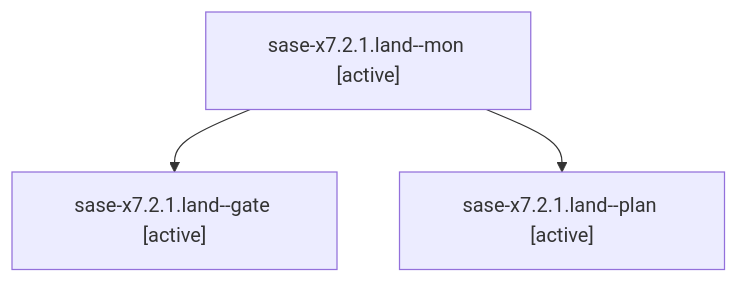
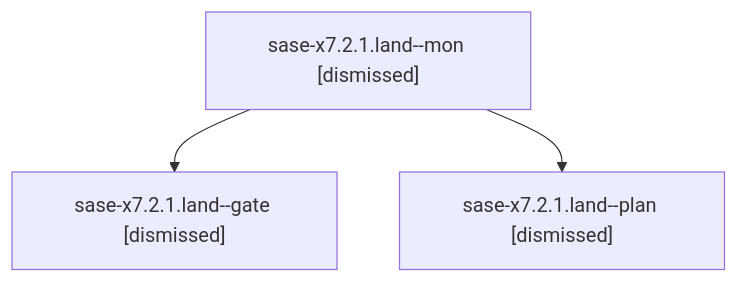
The diagram in sessions/bbugyi200.athena.sase-x7.2.1.land.md (sase-org/sase--agents), drawn with Mermaid before and after one commit. The commit also changed other lines of this file and 397 other files, not shown here.

````diff
--- a/sessions/bbugyi200.athena.sase-x7.2.1.land.md
+++ b/sessions/bbugyi200.athena.sase-x7.2.1.land.md
@@ -9,8 +9,8 @@
 ```mermaid
 flowchart TD
-  n0["sase-x7.2.1.land--mon [active]"]
-  n1["sase-x7.2.1.land--gate [active]"]
+  n0["sase-x7.2.1.land--mon [dismissed]"]
+  n1["sase-x7.2.1.land--gate [dismissed]"]
   n0 --> n1
-  n2["sase-x7.2.1.land--plan [active]"]
+  n2["sase-x7.2.1.land--plan [dismissed]"]
   n0 --> n2
 ```
````
